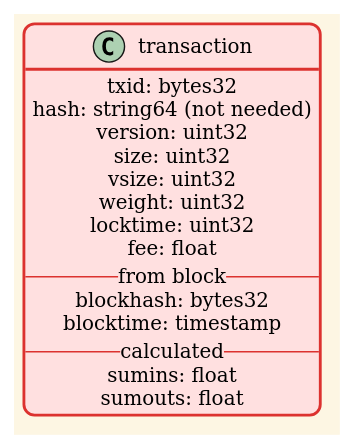
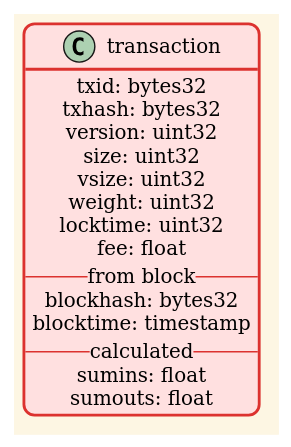
Before and after one commit to Blockchain-Data-Analytics/BCA-Index-Bitcoin: the diagram in uml/tx.puml, drawn with PlantUML. The commit also changed 19 other files, not shown here.

```diff
--- a/uml/tx.puml
+++ b/uml/tx.puml
@@ -1,22 +1,22 @@
 @startuml transaction
 
 !theme sunlust
 
 class transaction {
     txid: bytes32
-    hash: string64 (not needed)
+    txhash: bytes32
     version: uint32
     size: uint32 
     vsize: uint32 
     weight: uint32
     locktime: uint32
     fee: float
     --from block--
     blockhash: bytes32
     blocktime: timestamp
     --calculated--
     sumins: float
     sumouts: float
 }
 
 @enduml
```
